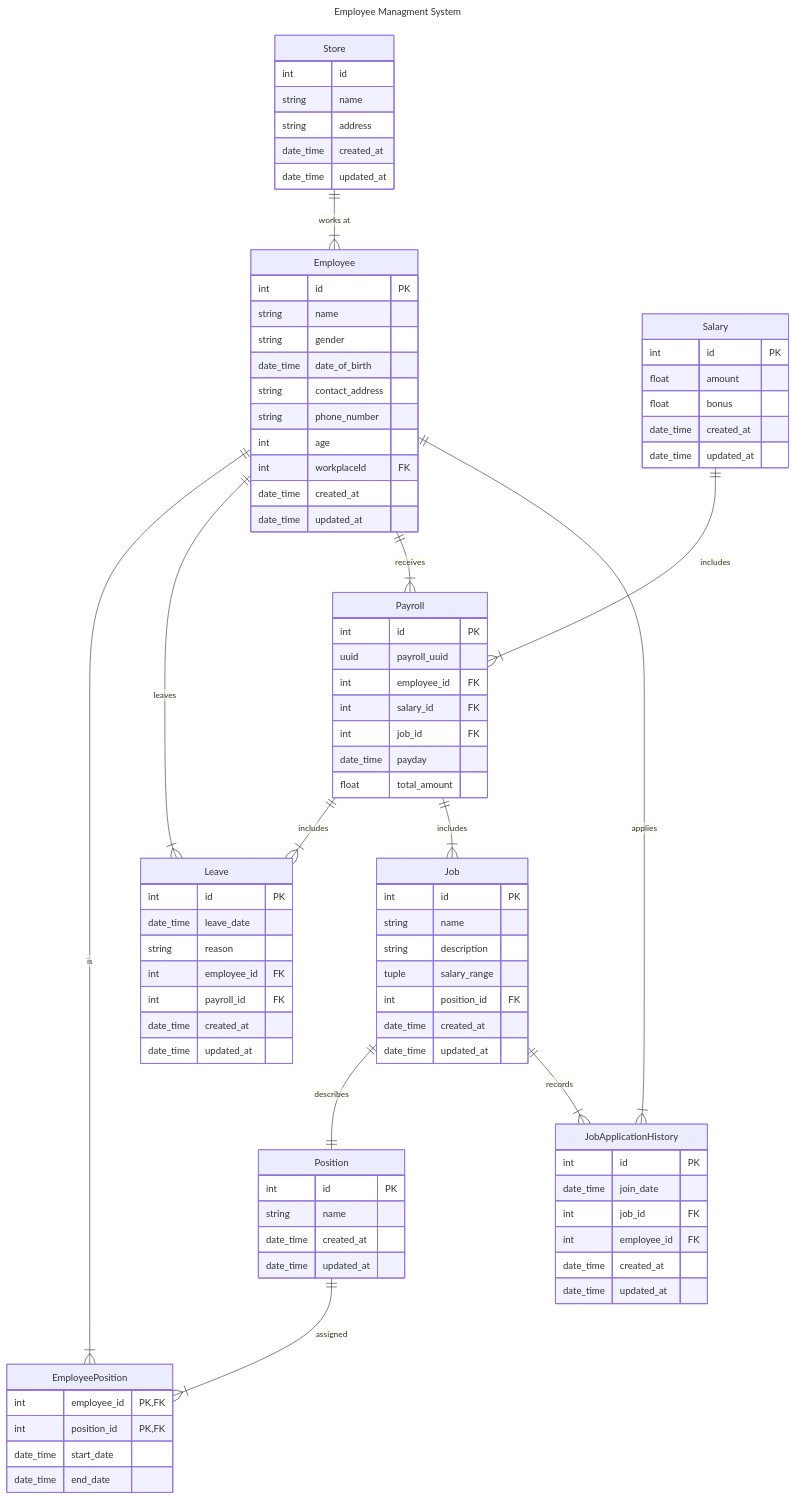
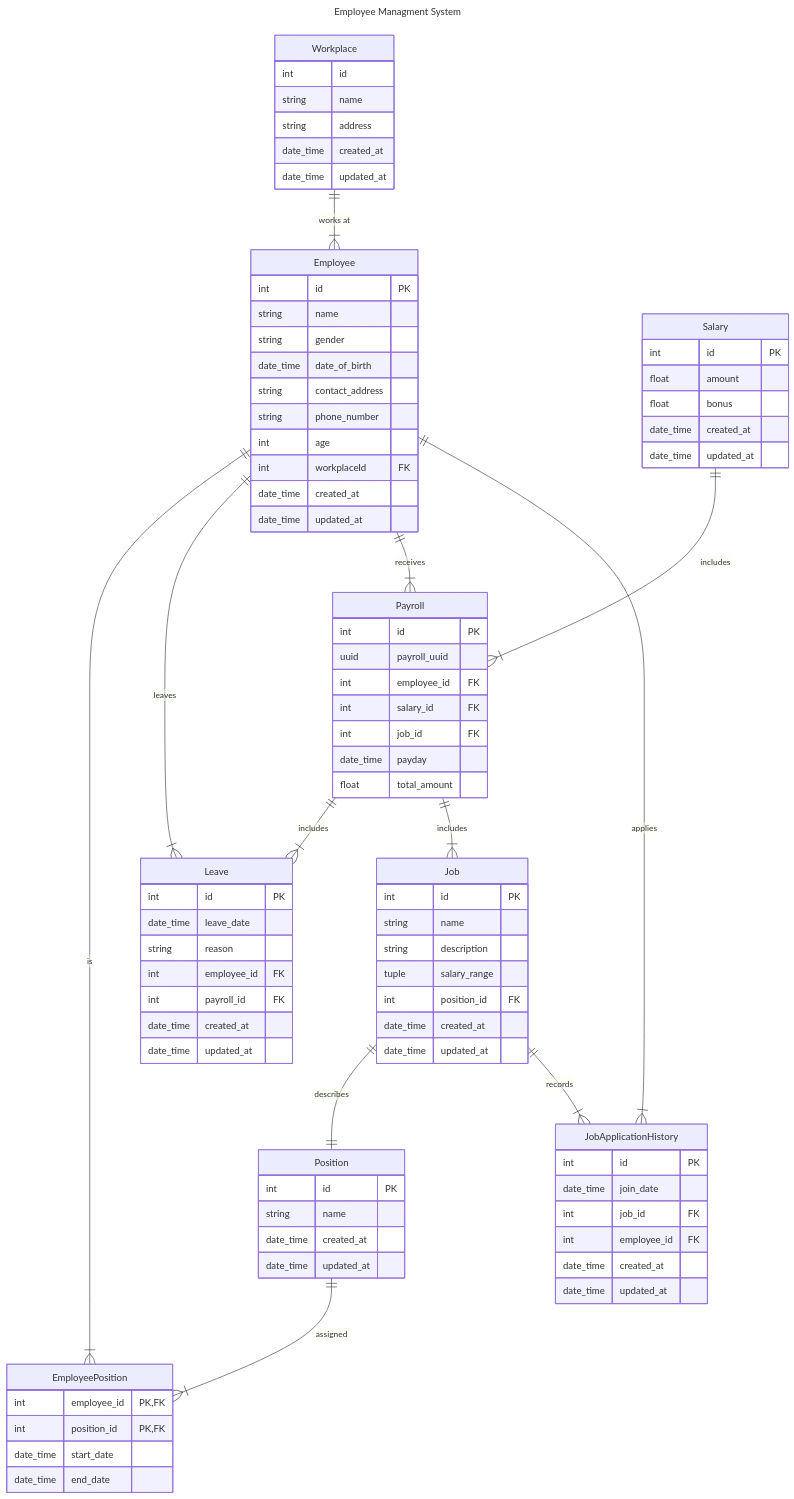
Before and after one commit to Jack20001413/coffee_shop_employee_service: the diagram in README.md, drawn with Mermaid.

```diff
--- a/README.md
+++ b/README.md
@@ -17,7 +17,7 @@
 erDiagram
     Employee ||--|{ EmployeePosition: is
     Position ||--|{ EmployeePosition: assigned
-    Store ||--|{ Employee: "works at"
+    Workplace ||--|{ Employee: "works at"
     Employee ||--|{ Leave: leaves
     Job ||--|| Position: describes
     Employee ||--|{ Payroll: receives
@@ -38,7 +38,7 @@
         date_time created_at
         date_time updated_at
     }
-    Store {
+    Workplace {
         int id
         string name
         string address
```
